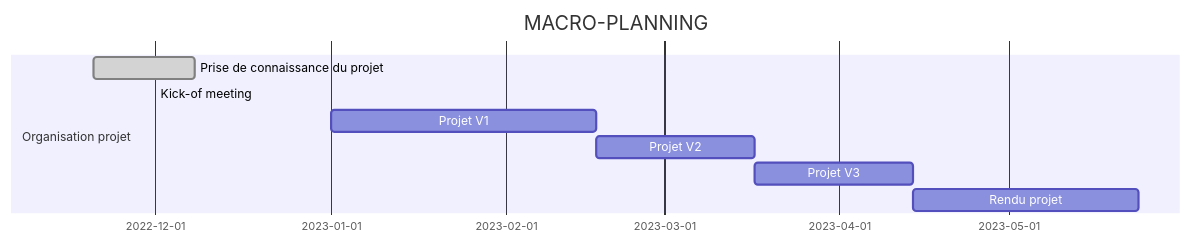
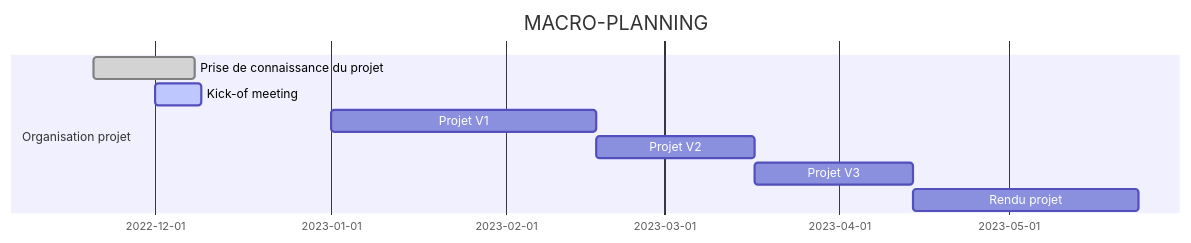
One commit to morganLantrade/TP_M1 changed the diagram in readme.md. Above: the diagram before and after it, drawn with Mermaid.

````diff
--- a/readme.md
+++ b/readme.md
@@ -36,14 +36,14 @@
 ```mermaid
 gantt
 dateFormat  YYYY-MM-DD
 
 title MACRO-PLANNING
 
 section Organisation projet
 Prise de connaissance du projet           :done,    des1, 2022-11-20,18d
-Kick-of meeting               :active,  des2, 2022-12-1,2022-12-9
+Kick-of meeting               :active,  des2, 2022-12-1,8d
 Projet V1               	:         des3, 2023-01-01,2023-02-17
 Projet V2                :        des4, 2023-02-17,2023-03-17
 Projet V3                 :        des5, 2023-03-17,2023-04-14
 Rendu projet                :        after des5,40d
 ```
````
